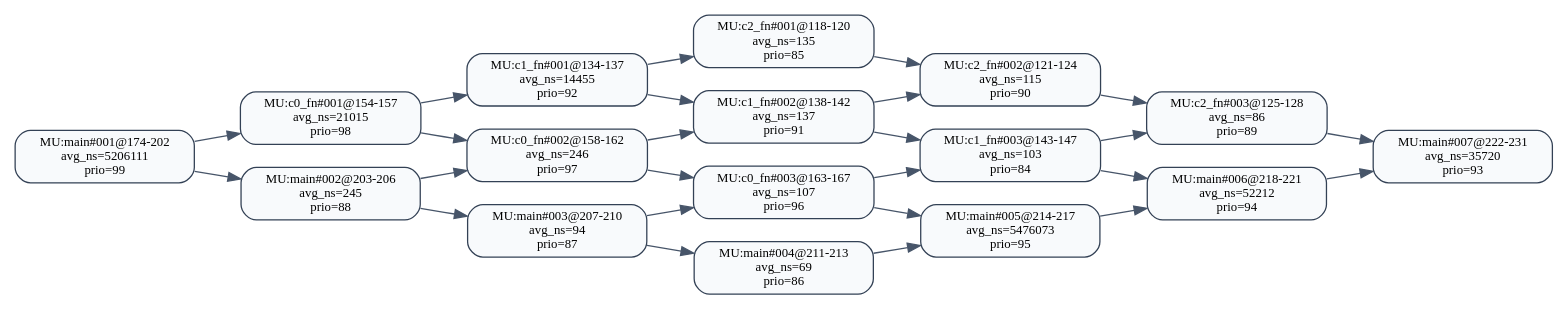
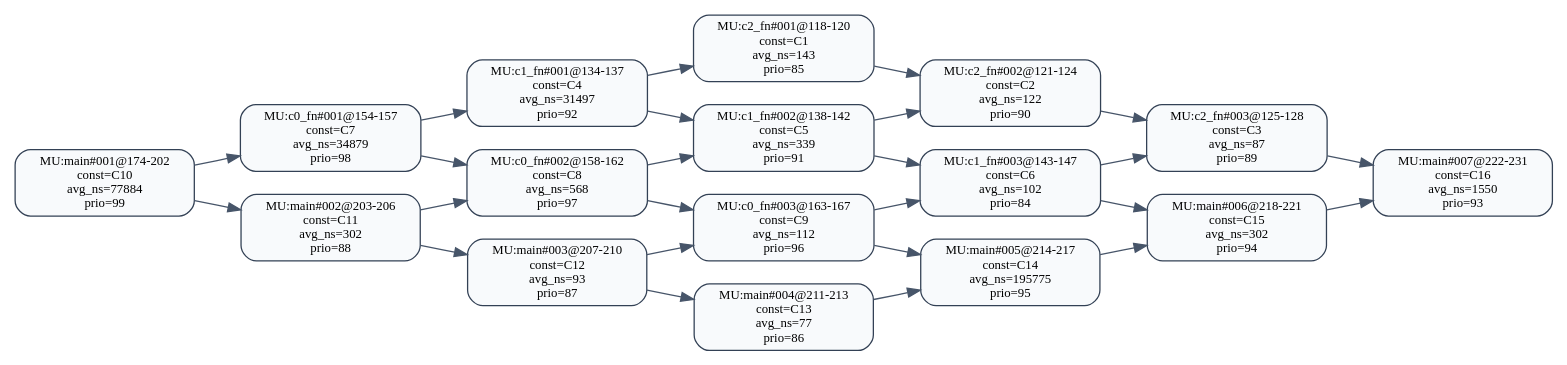
Before and after one commit to RTS-SYSU/DAG-Gen: the diagram in 中间结果/zhang1/pipeline/validation/level2/effective_line_merge/cpf/dag_seg_annotated.dot, drawn with Graphviz. The commit also changed 11697 other files, not shown here.

```diff
--- a/中间结果/zhang1/pipeline/validation/level2/effective_line_merge/cpf/dag_seg_annotated.dot
+++ b/中间结果/zhang1/pipeline/validation/level2/effective_line_merge/cpf/dag_seg_annotated.dot
@@ -1,45 +1,45 @@
 digraph dag_seg_annotated {
   rankdir=LR;
   node [shape=box, style="rounded,filled", fillcolor="#F8FAFC", color="#334155", fontsize=10];
   edge [color="#475569"];
-  "MU:c0_fn#001@154-157" [label="MU:c0_fn#001@154-157\navg_ns=21015\nprio=98"];
-  "MU:c0_fn#002@158-162" [label="MU:c0_fn#002@158-162\navg_ns=246\nprio=97"];
-  "MU:c0_fn#003@163-167" [label="MU:c0_fn#003@163-167\navg_ns=107\nprio=96"];
-  "MU:c1_fn#001@134-137" [label="MU:c1_fn#001@134-137\navg_ns=14455\nprio=92"];
-  "MU:c1_fn#002@138-142" [label="MU:c1_fn#002@138-142\navg_ns=137\nprio=91"];
-  "MU:c1_fn#003@143-147" [label="MU:c1_fn#003@143-147\navg_ns=103\nprio=84"];
-  "MU:c2_fn#001@118-120" [label="MU:c2_fn#001@118-120\navg_ns=135\nprio=85"];
-  "MU:c2_fn#002@121-124" [label="MU:c2_fn#002@121-124\navg_ns=115\nprio=90"];
-  "MU:c2_fn#003@125-128" [label="MU:c2_fn#003@125-128\navg_ns=86\nprio=89"];
-  "MU:main#001@174-202" [label="MU:main#001@174-202\navg_ns=5206111\nprio=99"];
-  "MU:main#002@203-206" [label="MU:main#002@203-206\navg_ns=245\nprio=88"];
-  "MU:main#003@207-210" [label="MU:main#003@207-210\navg_ns=94\nprio=87"];
-  "MU:main#004@211-213" [label="MU:main#004@211-213\navg_ns=69\nprio=86"];
-  "MU:main#005@214-217" [label="MU:main#005@214-217\navg_ns=5476073\nprio=95"];
-  "MU:main#006@218-221" [label="MU:main#006@218-221\navg_ns=52212\nprio=94"];
-  "MU:main#007@222-231" [label="MU:main#007@222-231\navg_ns=35720\nprio=93"];
+  "MU:c0_fn#001@154-157" [label="MU:c0_fn#001@154-157\nconst=C7\navg_ns=34879\nprio=98"];
+  "MU:c0_fn#002@158-162" [label="MU:c0_fn#002@158-162\nconst=C8\navg_ns=568\nprio=97"];
+  "MU:c0_fn#003@163-167" [label="MU:c0_fn#003@163-167\nconst=C9\navg_ns=112\nprio=96"];
+  "MU:c1_fn#001@134-137" [label="MU:c1_fn#001@134-137\nconst=C4\navg_ns=31497\nprio=92"];
+  "MU:c1_fn#002@138-142" [label="MU:c1_fn#002@138-142\nconst=C5\navg_ns=339\nprio=91"];
+  "MU:c1_fn#003@143-147" [label="MU:c1_fn#003@143-147\nconst=C6\navg_ns=102\nprio=84"];
+  "MU:c2_fn#001@118-120" [label="MU:c2_fn#001@118-120\nconst=C1\navg_ns=143\nprio=85"];
+  "MU:c2_fn#002@121-124" [label="MU:c2_fn#002@121-124\nconst=C2\navg_ns=122\nprio=90"];
+  "MU:c2_fn#003@125-128" [label="MU:c2_fn#003@125-128\nconst=C3\navg_ns=87\nprio=89"];
+  "MU:main#001@174-202" [label="MU:main#001@174-202\nconst=C10\navg_ns=77884\nprio=99"];
+  "MU:main#002@203-206" [label="MU:main#002@203-206\nconst=C11\navg_ns=302\nprio=88"];
+  "MU:main#003@207-210" [label="MU:main#003@207-210\nconst=C12\navg_ns=93\nprio=87"];
+  "MU:main#004@211-213" [label="MU:main#004@211-213\nconst=C13\navg_ns=77\nprio=86"];
+  "MU:main#005@214-217" [label="MU:main#005@214-217\nconst=C14\navg_ns=195775\nprio=95"];
+  "MU:main#006@218-221" [label="MU:main#006@218-221\nconst=C15\navg_ns=302\nprio=94"];
+  "MU:main#007@222-231" [label="MU:main#007@222-231\nconst=C16\navg_ns=1550\nprio=93"];
   "MU:c2_fn#001@118-120" -> "MU:c2_fn#002@121-124";
   "MU:c2_fn#002@121-124" -> "MU:c2_fn#003@125-128";
   "MU:c1_fn#001@134-137" -> "MU:c1_fn#002@138-142";
   "MU:c1_fn#002@138-142" -> "MU:c1_fn#003@143-147";
   "MU:c0_fn#001@154-157" -> "MU:c0_fn#002@158-162";
   "MU:c0_fn#002@158-162" -> "MU:c0_fn#003@163-167";
   "MU:main#001@174-202" -> "MU:main#002@203-206";
   "MU:main#002@203-206" -> "MU:main#003@207-210";
   "MU:main#003@207-210" -> "MU:main#004@211-213";
   "MU:main#004@211-213" -> "MU:main#005@214-217";
   "MU:main#005@214-217" -> "MU:main#006@218-221";
   "MU:main#006@218-221" -> "MU:main#007@222-231";
   "MU:c0_fn#001@154-157" -> "MU:c1_fn#001@134-137";
   "MU:c1_fn#001@134-137" -> "MU:c2_fn#001@118-120";
   "MU:main#001@174-202" -> "MU:c0_fn#001@154-157";
   "MU:c0_fn#003@163-167" -> "MU:main#005@214-217";
   "MU:c1_fn#003@143-147" -> "MU:main#006@218-221";
   "MU:c2_fn#003@125-128" -> "MU:main#007@222-231";
   "MU:c1_fn#002@138-142" -> "MU:c2_fn#002@121-124";
   "MU:c1_fn#003@143-147" -> "MU:c2_fn#003@125-128";
   "MU:c0_fn#002@158-162" -> "MU:c1_fn#002@138-142";
   "MU:c0_fn#003@163-167" -> "MU:c1_fn#003@143-147";
   "MU:main#002@203-206" -> "MU:c0_fn#002@158-162";
   "MU:main#003@207-210" -> "MU:c0_fn#003@163-167";
 }
```
